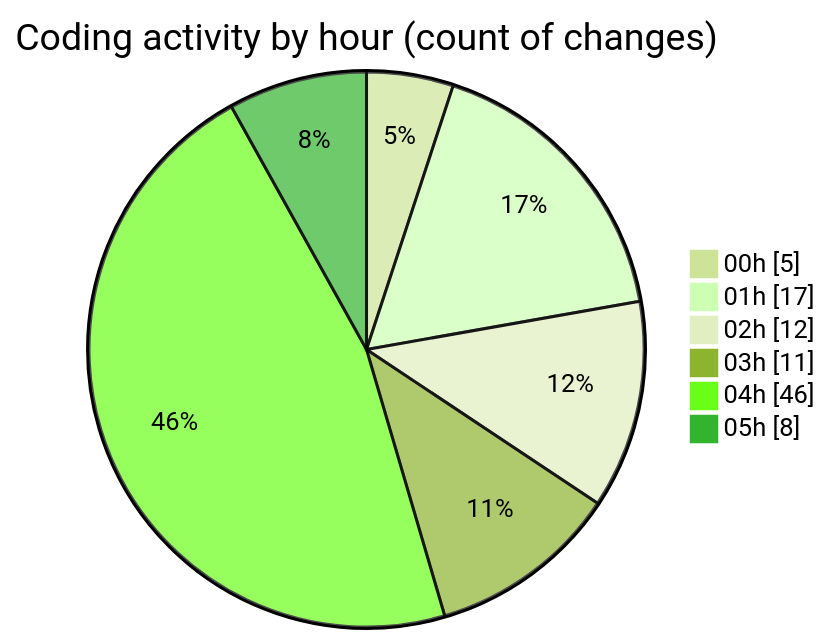
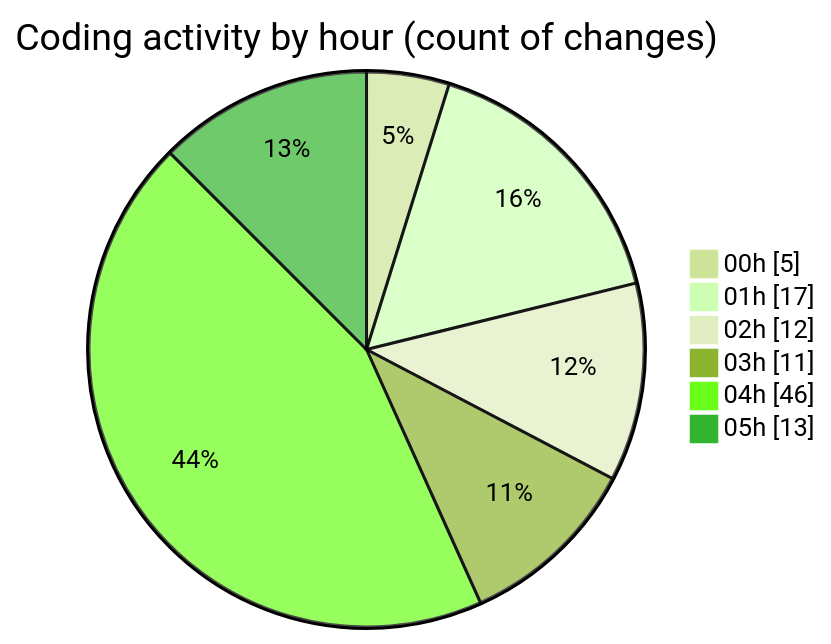
One commit to EIIisD/code-tracking changed the second of 2 diagrams in 2025-08-04/tw-server/README.md. Above: the diagram before and after it, drawn with Mermaid (forest theme). The commit also changed other lines of this file and 1 other file, not shown here.

````diff
--- a/2025-08-04/tw-server/README.md
+++ b/2025-08-04/tw-server/README.md
@@ -38,10 +38,10 @@
 ```mermaid
 pie showData
 title Coding activity by hour (count of changes)
 "00h" : 5
 "01h" : 17
 "02h" : 12
 "03h" : 11
 "04h" : 46
-"05h" : 8
+"05h" : 13
 ```
````
